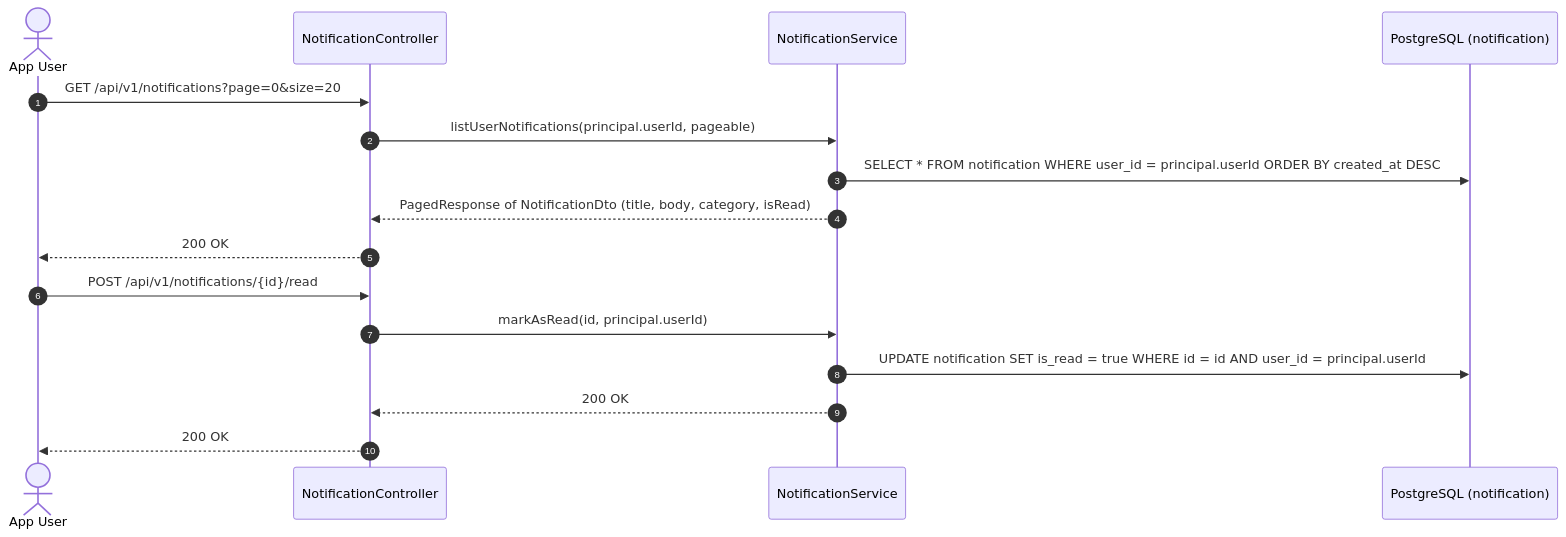
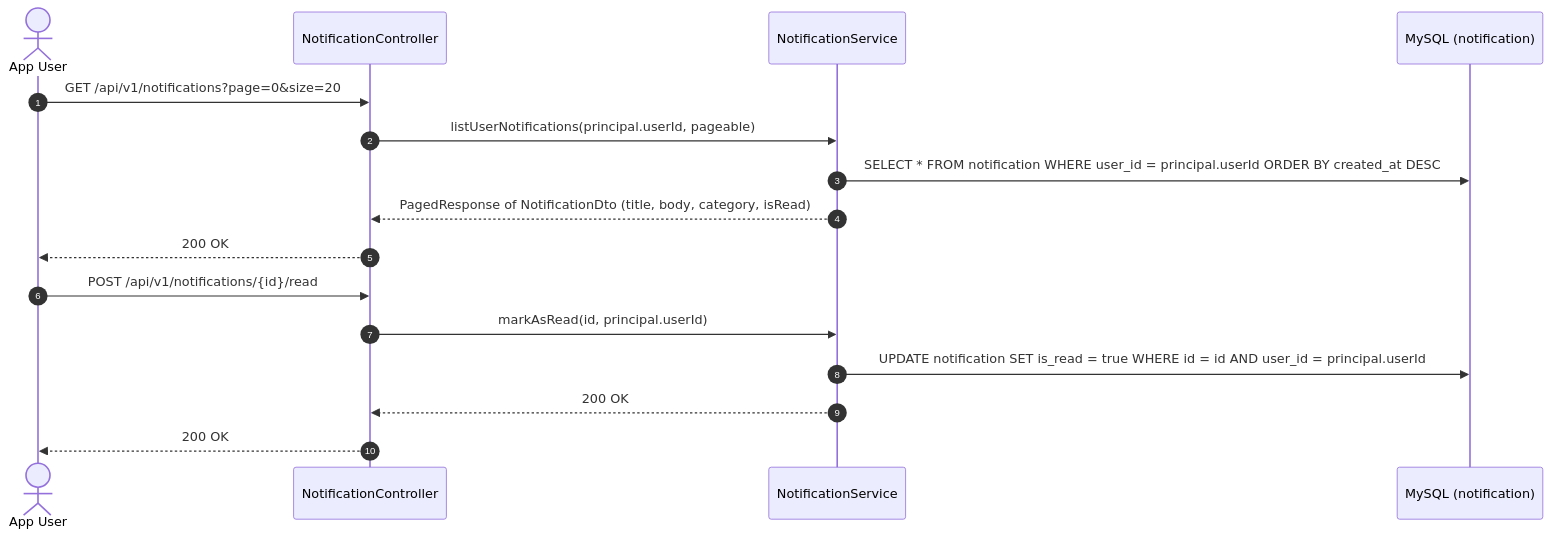
Before and after one commit to narasimha-reddy/costonomy-mp-api: the third of 5 diagrams in docs/architecture/sequence-diagrams/08-communication-and-admin.md, drawn with Mermaid. The commit also changed other lines of this file and 19 other files, not shown here.

First line of the commit message:
docs(delivery): current state, diagrams, decisions D-204 to D-207, changelog and traceability

````diff
--- a/docs/architecture/sequence-diagrams/08-communication-and-admin.md
+++ b/docs/architecture/sequence-diagrams/08-communication-and-admin.md
@@ -72,20 +72,20 @@
 ```mermaid
 sequenceDiagram
     autonumber
     actor User as App User
     participant NC as NotificationController
     participant NS as NotificationService
-    participant DB as PostgreSQL (notification)
+    participant DB as MySQL (notification)
 
     User->>NC: GET /api/v1/notifications?page=0&size=20
     NC->>NS: listUserNotifications(principal.userId, pageable)
     NS->>DB: SELECT * FROM notification WHERE user_id = principal.userId ORDER BY created_at DESC
     NS-->>NC: PagedResponse of NotificationDto (title, body, category, isRead)
     NC-->>User: 200 OK
 
     User->>NC: POST /api/v1/notifications/{id}/read
     NC->>NS: markAsRead(id, principal.userId)
     NS->>DB: UPDATE notification SET is_read = true WHERE id = id AND user_id = principal.userId
     NS-->>NC: 200 OK
     NC-->>User: 200 OK
 ```
````
